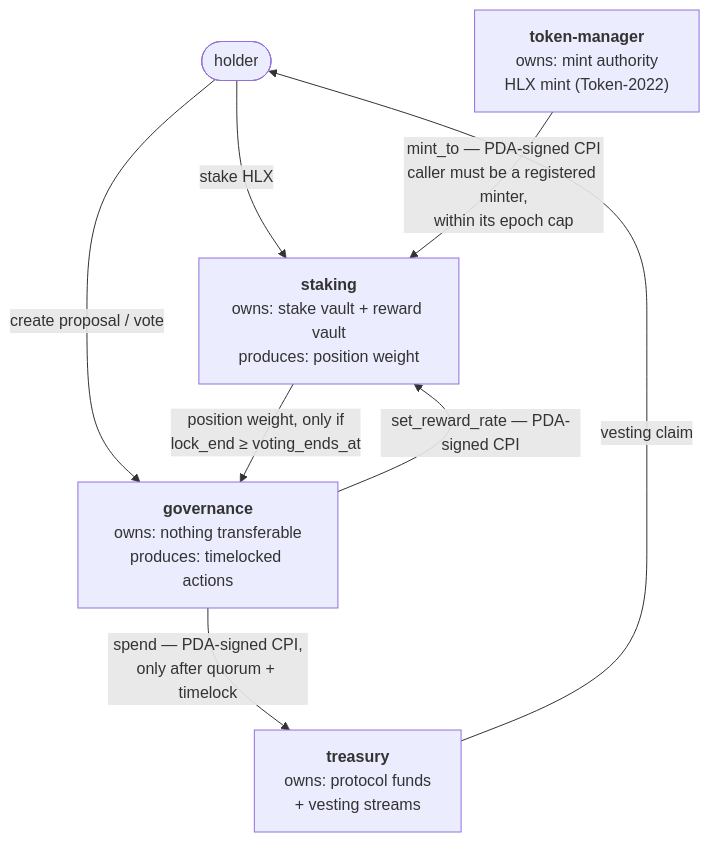
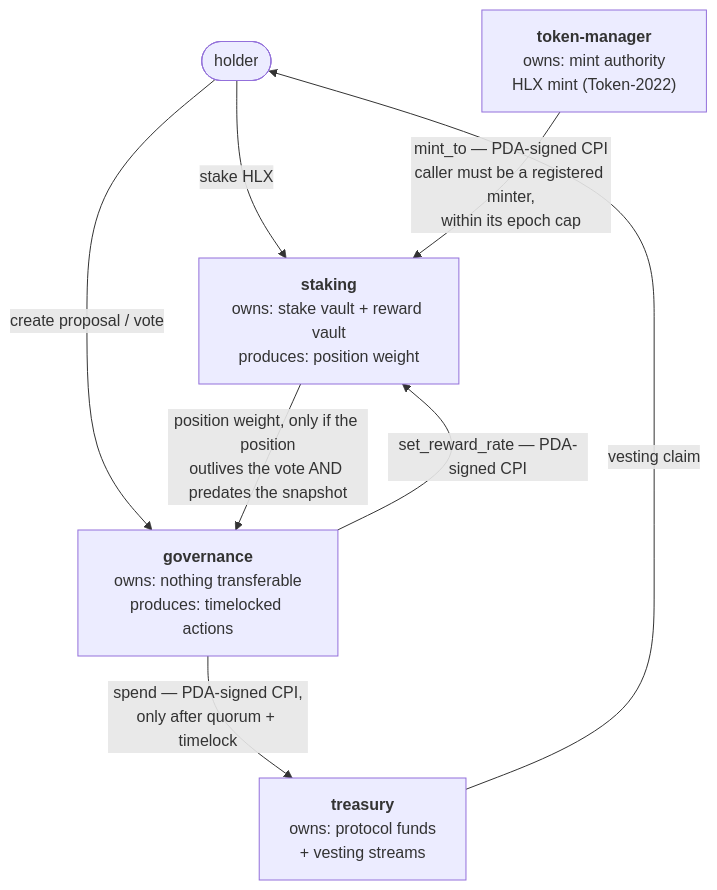
Before and after one commit to NarekYeghishyan/Helix-Protocol: the first of 2 diagrams in docs/ARCHITECTURE.md, drawn with Mermaid. The commit also changed other lines of this file and 4 other files, not shown here.

First line of the commit message:
Close Phase 6: audit-readiness report, and fix three wrong claims in the architecture

````diff
--- a/docs/ARCHITECTURE.md
+++ b/docs/ARCHITECTURE.md
@@ -8,18 +8,18 @@
 ```mermaid
 graph TD
     U(["holder"])
 
     TM["<b>token-manager</b><br/>owns: mint authority<br/>HLX mint (Token-2022)"]
     ST["<b>staking</b><br/>owns: stake vault + reward vault<br/>produces: position weight"]
     GV["<b>governance</b><br/>owns: nothing transferable<br/>produces: timelocked actions"]
     TR["<b>treasury</b><br/>owns: protocol funds<br/>+ vesting streams"]
 
     U -->|"stake HLX"| ST
     U -->|"create proposal / vote"| GV
 
     TM -->|"mint_to — PDA-signed CPI<br/>caller must be a registered minter,<br/>within its epoch cap"| ST
-    ST -->|"position weight, only if<br/>lock_end ≥ voting_ends_at"| GV
+    ST -->|"position weight, only if the position<br/>outlives the vote AND predates the snapshot"| GV
     GV -->|"spend — PDA-signed CPI,<br/>only after quorum + timelock"| TR
     GV -->|"set_reward_rate — PDA-signed CPI"| ST
     TR -->|"vesting claim"| U
 ```
````
